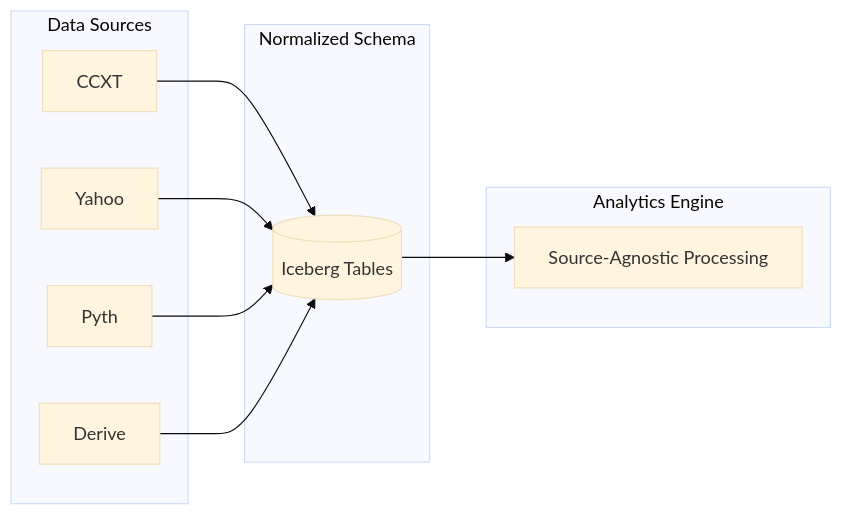
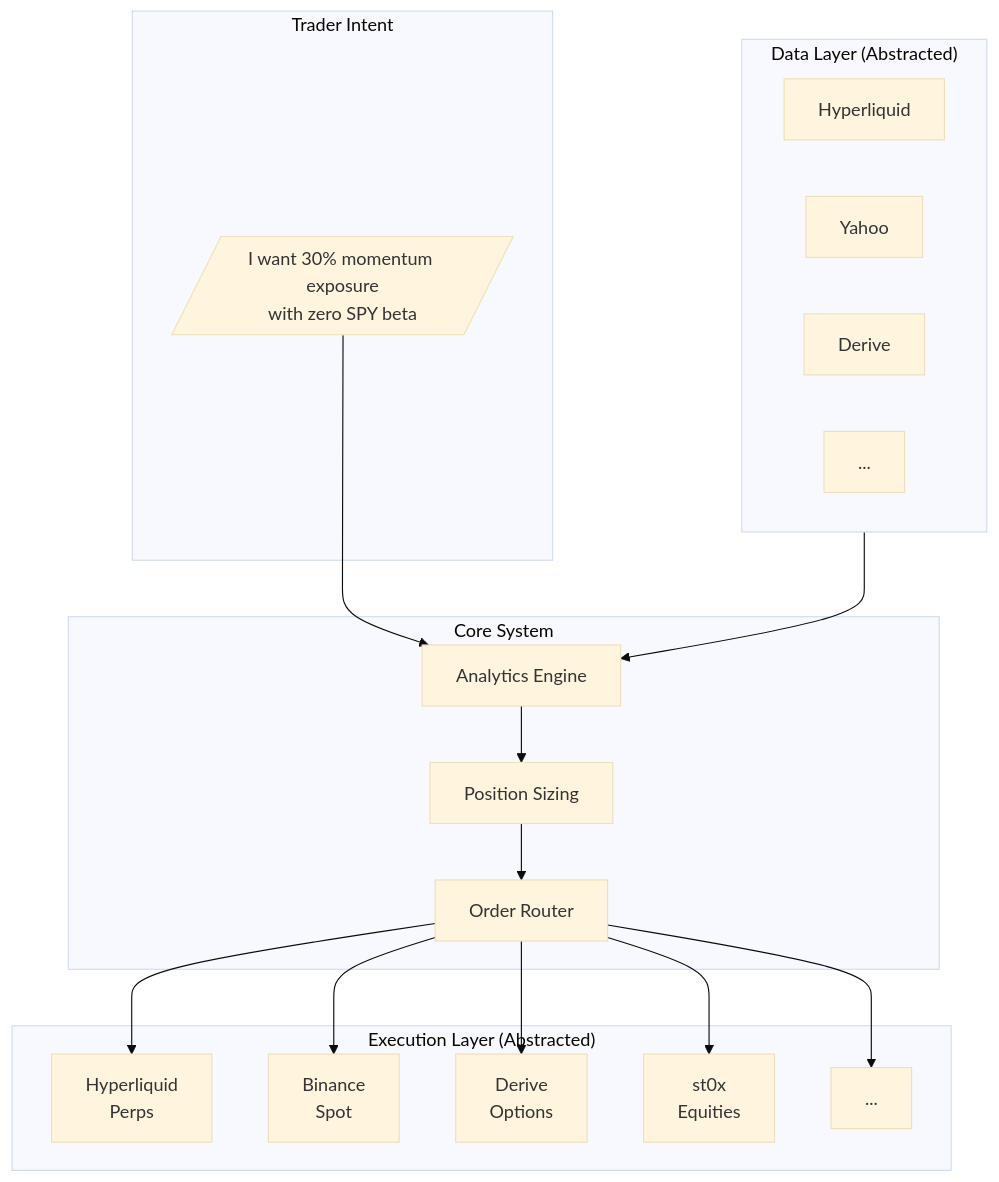
The first of 17 diagrams in SPEC.md (dataclique/moneymentum), drawn with Mermaid (base theme) before and after one commit. The commit also changed other lines of this file, not shown here.

Commit message:
spec out serverless execution

````diff
--- a/SPEC.md
+++ b/SPEC.md
@@ -39,23 +50,37 @@
 ```mermaid
-flowchart LR
-    subgraph Sources["Data Sources"]
-        S1[CCXT]
-        S2[Yahoo]
-        S3[Pyth]
-        S4[Derive]
+flowchart TB
+    subgraph Trader["Trader Intent"]
+        T[/"I want 30% momentum exposure<br/>with zero SPY beta"/]
     end
 
-    subgraph Normalized["Normalized Schema"]
-        I[(Iceberg Tables)]
+    subgraph Core["Core System"]
+        AN[Analytics Engine]
+        PS[Position Sizing]
+        OR[Order Router]
     end
 
-    subgraph Analytics["Analytics Engine"]
-        A[Source-Agnostic Processing]
+    subgraph DataLayer["Data Layer (Abstracted)"]
+        D1[Hyperliquid]
+        D2[Yahoo]
+        D3[Derive]
+        D4[...]
     end
 
-    S1 --> I
-    S2 --> I
-    S3 --> I
-    S4 --> I
-    I --> A
+    subgraph ExecLayer["Execution Layer (Abstracted)"]
+        E1[Hyperliquid<br/>Perps]
+        E2[Binance<br/>Spot]
+        E3[Derive<br/>Options]
+        E4[st0x<br/>Equities]
+        E5[...]
+    end
+
+    T --> AN
+    DataLayer --> AN
+    AN --> PS
+    PS --> OR
+    OR --> E1
+    OR --> E2
+    OR --> E3
+    OR --> E4
+    OR --> E5
 ```
````
